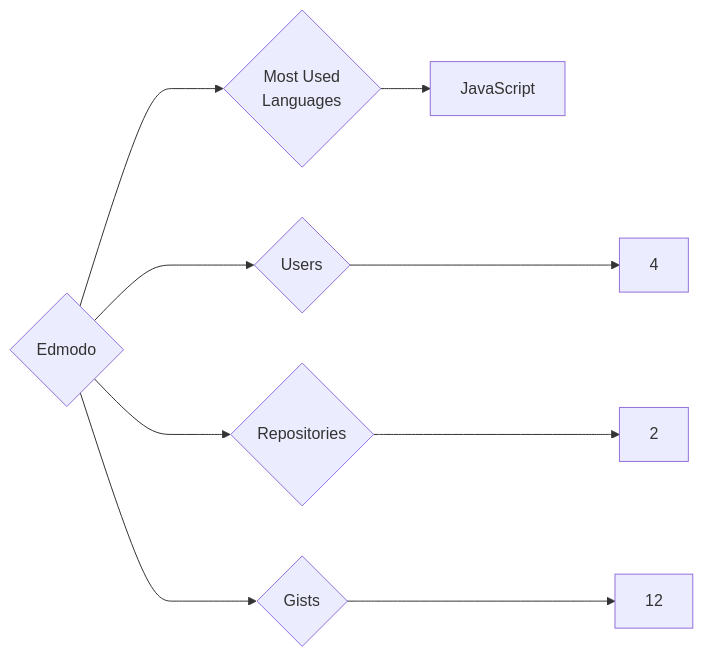
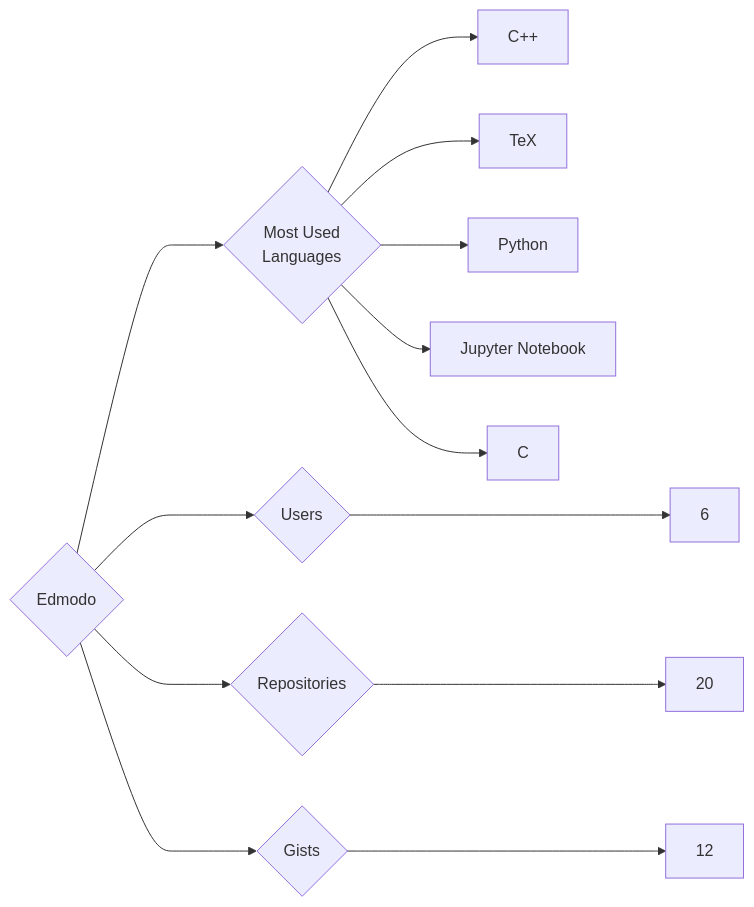
Before and after one commit to trickest/insiders: the diagram in targets/Edmodo/README.md, drawn with Mermaid. The commit also changed 880 other files, not shown here.

````diff
--- a/targets/Edmodo/README.md
+++ b/targets/Edmodo/README.md
@@ -3,9 +3,13 @@
 ```mermaid
 graph LR
 COMPANY_NAME{Edmodo}
-COMPANY_NAME ---> U{Users} ---> UN[4]
-COMPANY_NAME ---> R{Repositories} ---> RN[2]
+COMPANY_NAME ---> U{Users} ---> UN[6]
+COMPANY_NAME ---> R{Repositories} ---> RN[20]
 COMPANY_NAME ---> G{Gists} ---> GN[12]
 COMPANY_NAME ---> ML{Most Used<br>Languages}
-ML --> JavaScript[JavaScript]
+ML --> C++[C++]
+ML --> TeX[TeX]
+ML --> Python[Python]
+ML --> Jupyter_Notebook[Jupyter Notebook]
+ML --> C[C]
 ```
````
